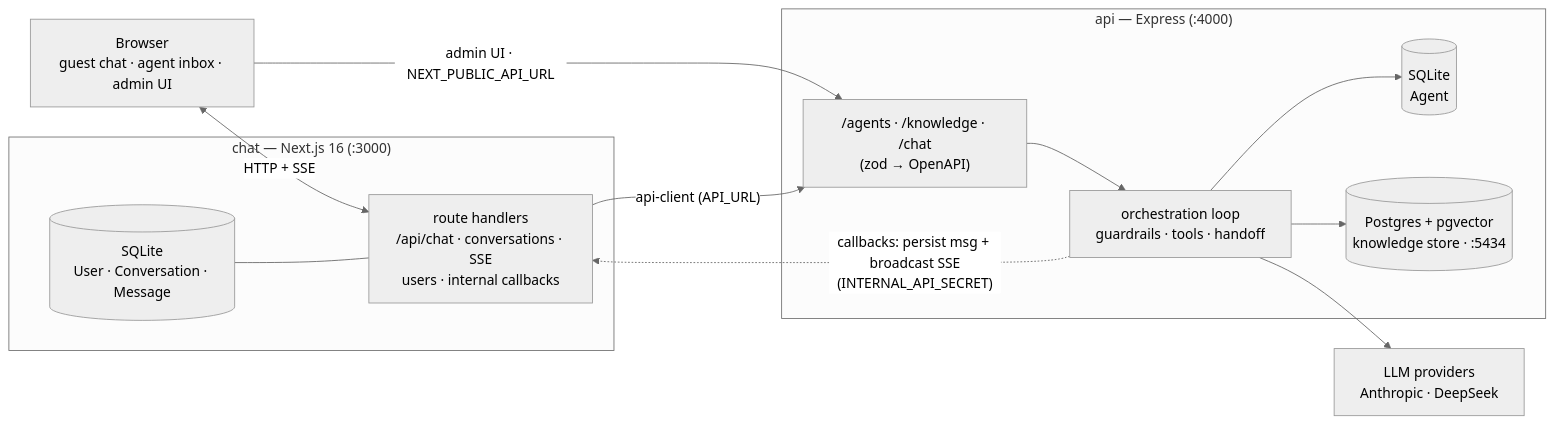
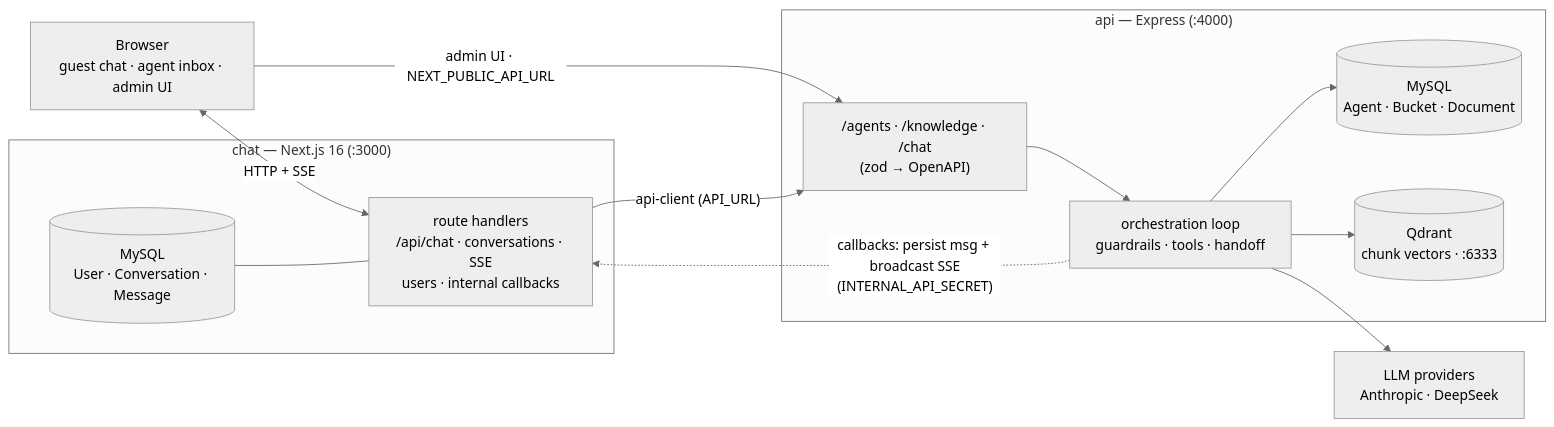
Before and after one commit to cuonghuunguyen/omnichannel-mvp: the diagram in README.md, drawn with Mermaid (neutral theme). The commit also changed other lines of this file and 73 other files, not shown here.

````diff
--- a/README.md
+++ b/README.md
@@ -31,28 +32,28 @@
 ```mermaid
 flowchart LR
     Browser["Browser<br/>guest chat · agent inbox · admin UI"]
 
     subgraph chat["chat — Next.js 16  (:3000)"]
         ChatAPI["route handlers<br/>/api/chat · conversations · SSE<br/>users · internal callbacks"]
-        ChatDB[("SQLite<br/>User · Conversation · Message")]
+        ChatDB[("MySQL<br/>User · Conversation · Message")]
     end
 
     subgraph api["api — Express  (:4000)"]
         ApiRoutes["/agents · /knowledge · /chat<br/>(zod → OpenAPI)"]
         Orchestrator["orchestration loop<br/>guardrails · tools · handoff"]
-        AgentDB[("SQLite<br/>Agent")]
-        RagDB[("Postgres + pgvector<br/>knowledge store · :5434")]
+        AgentDB[("MySQL<br/>Agent · Bucket · Document")]
+        RagDB[("Qdrant<br/>chunk vectors · :6333")]
     end
 
     LLM["LLM providers<br/>Anthropic · DeepSeek"]
 
     Browser <-->|"HTTP + SSE"| ChatAPI
     Browser -->|"admin UI · NEXT_PUBLIC_API_URL"| ApiRoutes
     ChatAPI -->|"api-client (API_URL)"| ApiRoutes
     ChatDB --- ChatAPI
     ApiRoutes --> Orchestrator
     Orchestrator --> AgentDB
     Orchestrator --> RagDB
     Orchestrator --> LLM
     Orchestrator -.->|"callbacks: persist msg + broadcast SSE<br/>(INTERNAL_API_SECRET)"| ChatAPI
 ```
````
